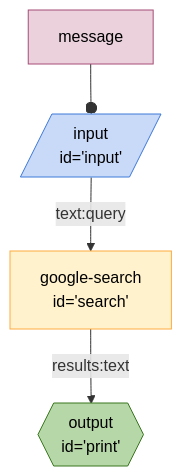
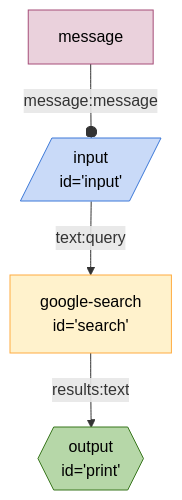
One commit to breadboard-ai/breadboard changed the diagram in seeds/graph-playground/docs/graphs/just-search.md. Above: the diagram before and after it, drawn with Mermaid. The commit also changed 13 other files, not shown here.

Commit message:
[graph] Add proper edge markers for constants.

````diff
--- a/seeds/graph-playground/docs/graphs/just-search.md
+++ b/seeds/graph-playground/docs/graphs/just-search.md
@@ -4,18 +4,18 @@
 ```mermaid
 %%{init: 'themeVariables': { 'fontFamily': 'Fira Code, monospace' }}%%
 graph TD;
 input[/"input
 id='input'"/]:::input -- text:query --> search["google-search
 id='search'"]
 search["google-search
 id='search'"] -- results:text --> print{{"output
 id='print'"}}:::output
-messageinput[message]:::config --o input
+messageinput[message]:::config -- message:message --o input
 classDef default stroke:#ffab40,fill:#fff2ccff,color:#000
 classDef input stroke:#3c78d8,fill:#c9daf8ff,color:#000
 classDef output stroke:#38761d,fill:#b6d7a8ff,color:#000
 classDef passthrough stroke:#a64d79,fill:#ead1dcff,color:#000
 classDef slot stroke:#a64d79,fill:#ead1dcff,color:#000
 classDef config stroke:#a64d79,fill:#ead1dcff,color:#000
 classDef slotted stroke:#a64d79
 ```
````
